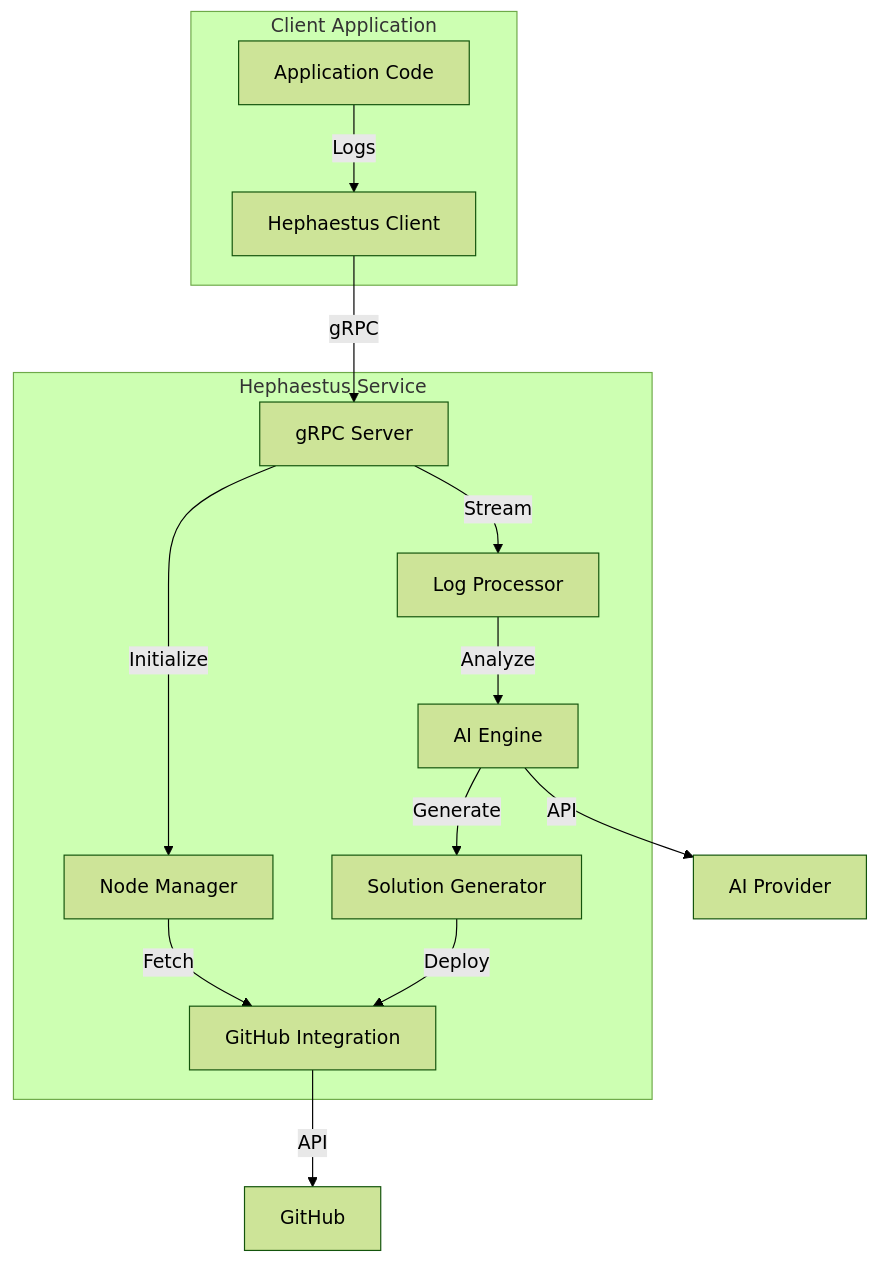
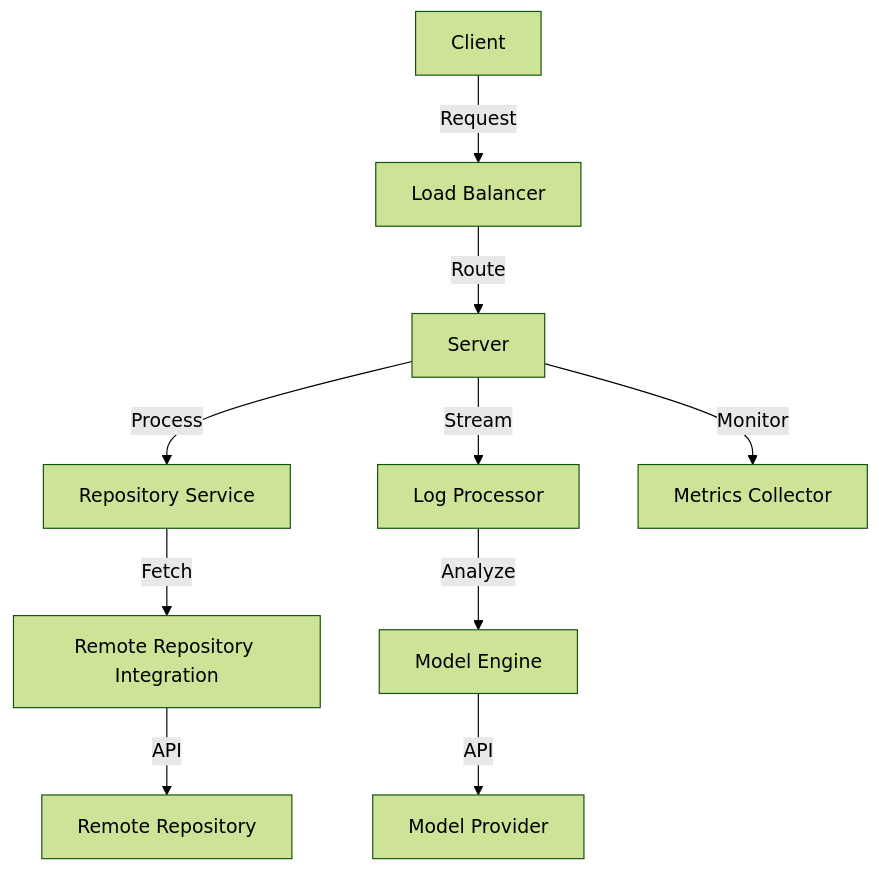
One commit to HoyeonS/hephaestus changed the first of 3 diagrams in docs/HLD.md. Above: the diagram before and after it, drawn with Mermaid (forest theme). The commit also changed other lines of this file and 6 other files, not shown here.

````diff
--- a/docs/HLD.md
+++ b/docs/HLD.md
@@ -11,19 +7,12 @@
 ```mermaid
 graph TD
-    subgraph Client Application
-        A[Application Code] -->|Logs| B[Hephaestus Client]
-    end
-    
-    subgraph Hephaestus Service
-        C[gRPC Server] -->|Initialize| D[Node Manager]
-        C -->|Stream| E[Log Processor]
-        E -->|Analyze| F[AI Engine]
-        D -->|Fetch| G[GitHub Integration]
-        F -->|Generate| H[Solution Generator]
-        H -->|Deploy| G
-    end
-    
-    B -->|gRPC| C
-    G -->|API| I[GitHub]
-    F -->|API| J[AI Provider]
+    A[Client] -->|Request| B[Load Balancer]
+    B -->|Route| C[Server]
+    C -->|Process| D[Repository Service]
+    C -->|Stream| E[Log Processor]
+    E -->|Analyze| F[Model Engine]
+    D -->|Fetch| G[Remote Repository Integration]
+    C -->|Monitor| H[Metrics Collector]
+    G -->|API| I[Remote Repository]
+    F -->|API| J[Model Provider]
 ```
````
